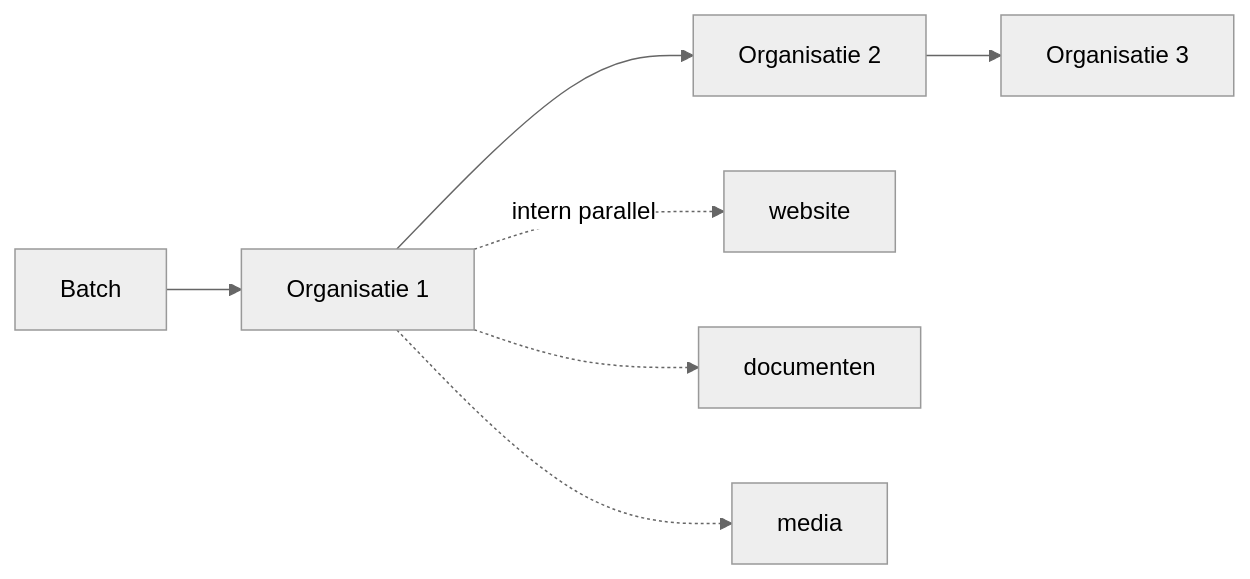
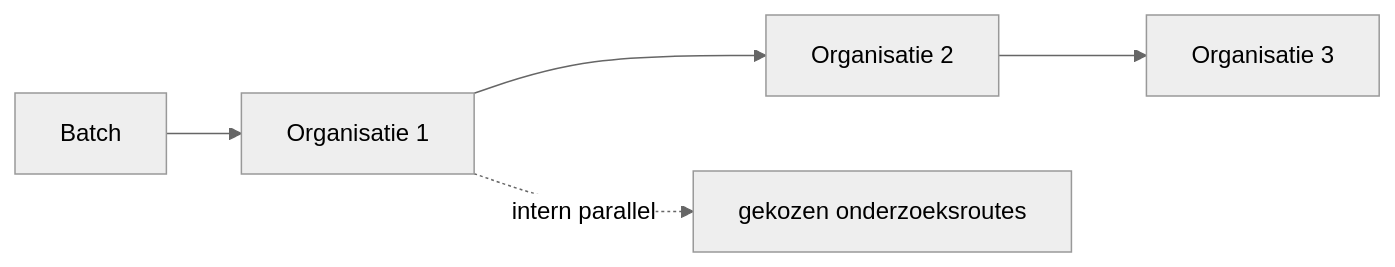
One commit to arryaetil/KYC4etil changed the third of 10 diagrams in README.md. Above: the diagram before and after it, drawn with Mermaid (neutral theme). The commit also changed other lines of this file and 19 other files, not shown here.

````diff
--- a/README.md
+++ b/README.md
@@ -60,10 +60,8 @@
 ```mermaid
 flowchart LR
     B["Batch"] --> C1["Organisatie 1"]
     C1 --> C2["Organisatie 2"]
     C2 --> C3["Organisatie 3"]
 
-    C1 -.->|intern parallel| W["website"]
-    C1 -.-> D["documenten"]
-    C1 -.-> M["media"]
+    C1 -.->|intern parallel| W["gekozen onderzoeksroutes"]
 ```
````
